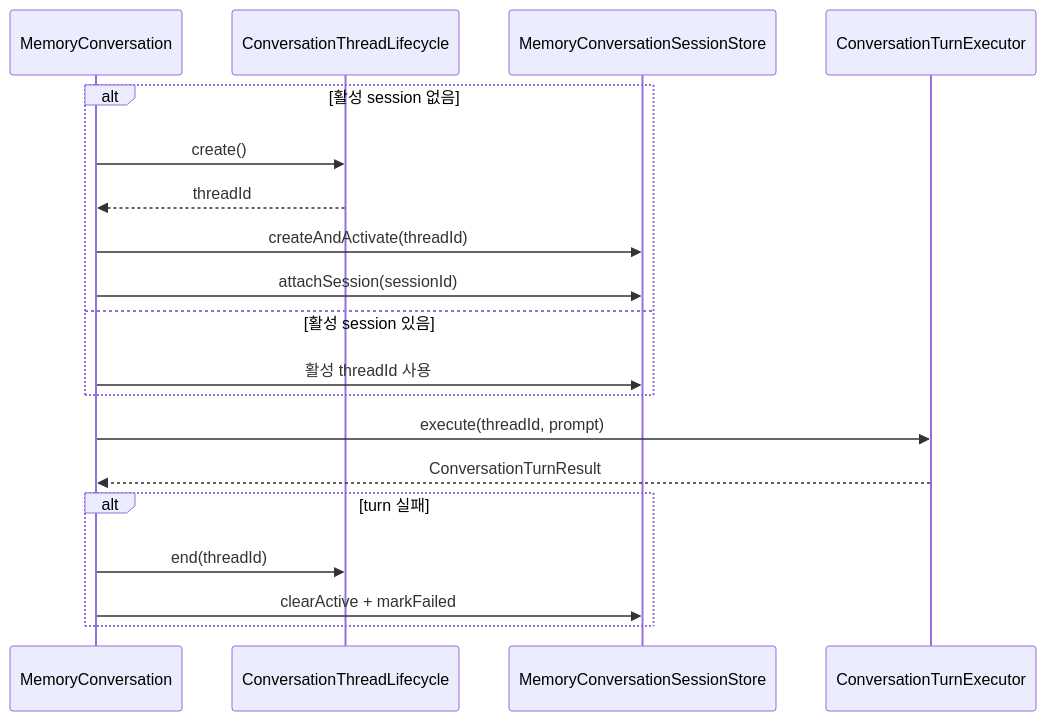
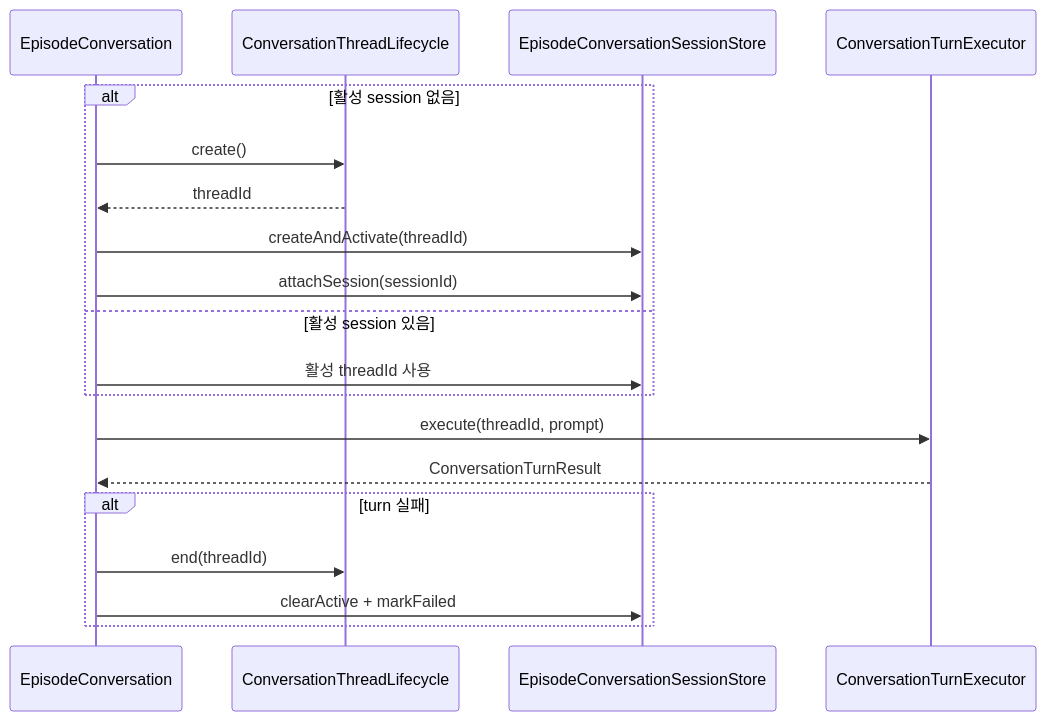
One commit to magenta1223/home_assistant changed the fourth of 4 diagrams in docs/todolist/done/conversation-thread-lifecycle-separation.md. Above: the diagram before and after it, drawn with Mermaid. The commit also changed other lines of this file and 321 other files, not shown here.

Commit message:
Rename Memory to Episode and Topic to Component

````diff
--- a/docs/todolist/done/conversation-thread-lifecycle-separation.md
+++ b/docs/todolist/done/conversation-thread-lifecycle-separation.md
@@ -88,24 +88,24 @@
 ```mermaid
 sequenceDiagram
-    participant Conversation as MemoryConversation
+    participant Conversation as EpisodeConversation
     participant Lifecycle as ConversationThreadLifecycle
-    participant Sessions as MemoryConversationSessionStore
+    participant Sessions as EpisodeConversationSessionStore
     participant Executor as ConversationTurnExecutor
 
     alt 활성 session 없음
         Conversation->>Lifecycle: create()
         Lifecycle-->>Conversation: threadId
         Conversation->>Sessions: createAndActivate(threadId)
         Conversation->>Sessions: attachSession(sessionId)
     else 활성 session 있음
         Conversation->>Sessions: 활성 threadId 사용
     end
 
     Conversation->>Executor: execute(threadId, prompt)
     Executor-->>Conversation: ConversationTurnResult
 
     alt turn 실패
         Conversation->>Lifecycle: end(threadId)
         Conversation->>Sessions: clearActive + markFailed
     end
 ```
````
